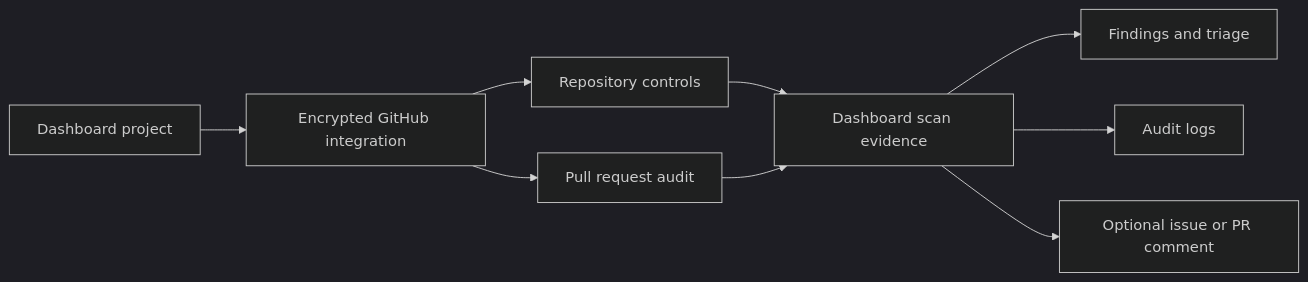
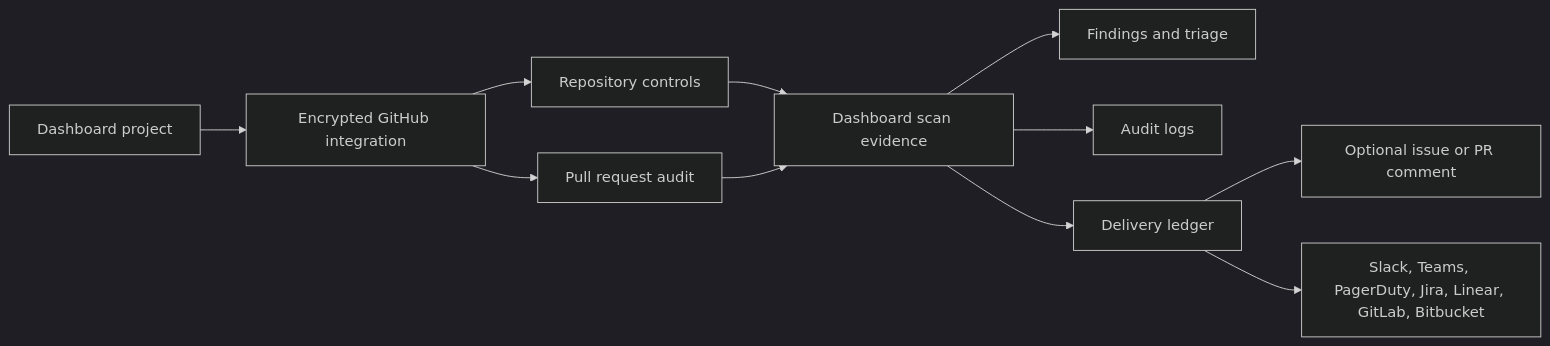
One commit to Afnanksalal/BreachScope changed the diagram in docs/integrations/github.md. Above: the diagram before and after it, drawn with Mermaid (dark theme). The commit also changed other lines of this file and 35 other files, not shown here.

````diff
--- a/docs/integrations/github.md
+++ b/docs/integrations/github.md
@@ -38,11 +38,13 @@
 ```mermaid
 flowchart LR
   Project["Dashboard project"] --> Integration["Encrypted GitHub integration"]
   Integration --> Repo["Repository controls"]
   Integration --> PR["Pull request audit"]
   Repo --> Scan["Dashboard scan evidence"]
   PR --> Scan
   Scan --> Findings["Findings and triage"]
   Scan --> Audit["Audit logs"]
-  Scan --> GitHub["Optional issue or PR comment"]
+  Scan --> Delivery["Delivery ledger"]
+  Delivery --> GitHub["Optional issue or PR comment"]
+  Delivery --> Other["Slack, Teams, PagerDuty, Jira, Linear, GitLab, Bitbucket"]
 ```
````
